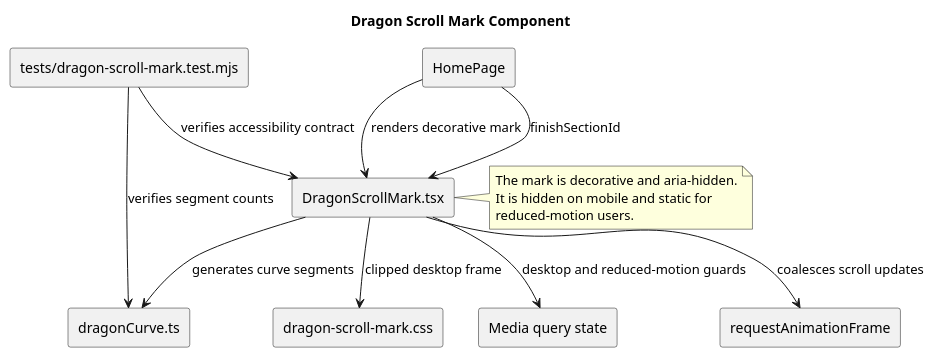
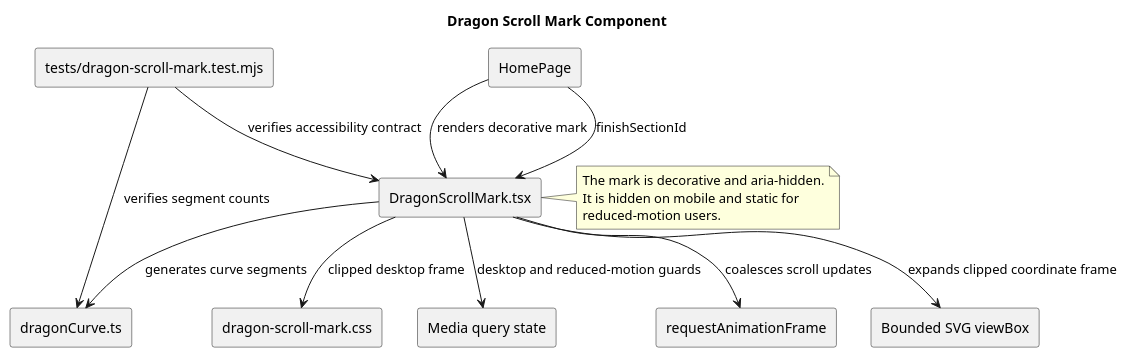
One commit to bonecutter-hierophant/Bonecutters changed the diagram in client/src/components/dragon-scroll-mark/dragon-scroll-mark.puml. Above: the diagram before and after it, drawn with PlantUML. The commit also changed 21 other files, not shown here.

```diff
--- a/client/src/components/dragon-scroll-mark/dragon-scroll-mark.puml
+++ b/client/src/components/dragon-scroll-mark/dragon-scroll-mark.puml
@@ -1,28 +1,30 @@
 @startuml
 title Dragon Scroll Mark Component
 skinparam componentStyle rectangle
 
 component "DragonScrollMark.tsx" as Component
 component "dragonCurve.ts" as Geometry
 component "dragon-scroll-mark.css" as Styles
 component "tests/dragon-scroll-mark.test.mjs" as Tests
 component "HomePage" as HomePage
 component "Media query state" as MediaQuery
 component "requestAnimationFrame" as AnimationFrame
+component "Bounded SVG viewBox" as ViewBox
 
 HomePage --> Component : renders decorative mark
 HomePage --> Component : finishSectionId
 Component --> Geometry : generates curve segments
 Component --> MediaQuery : desktop and reduced-motion guards
 Component --> AnimationFrame : coalesces scroll updates
+Component --> ViewBox : expands clipped coordinate frame
 Component --> Styles : clipped desktop frame
 Tests --> Geometry : verifies segment counts
 Tests --> Component : verifies accessibility contract
 
 note right of Component
 The mark is decorative and aria-hidden.
 It is hidden on mobile and static for
 reduced-motion users.
 end note
 
 @enduml
```
